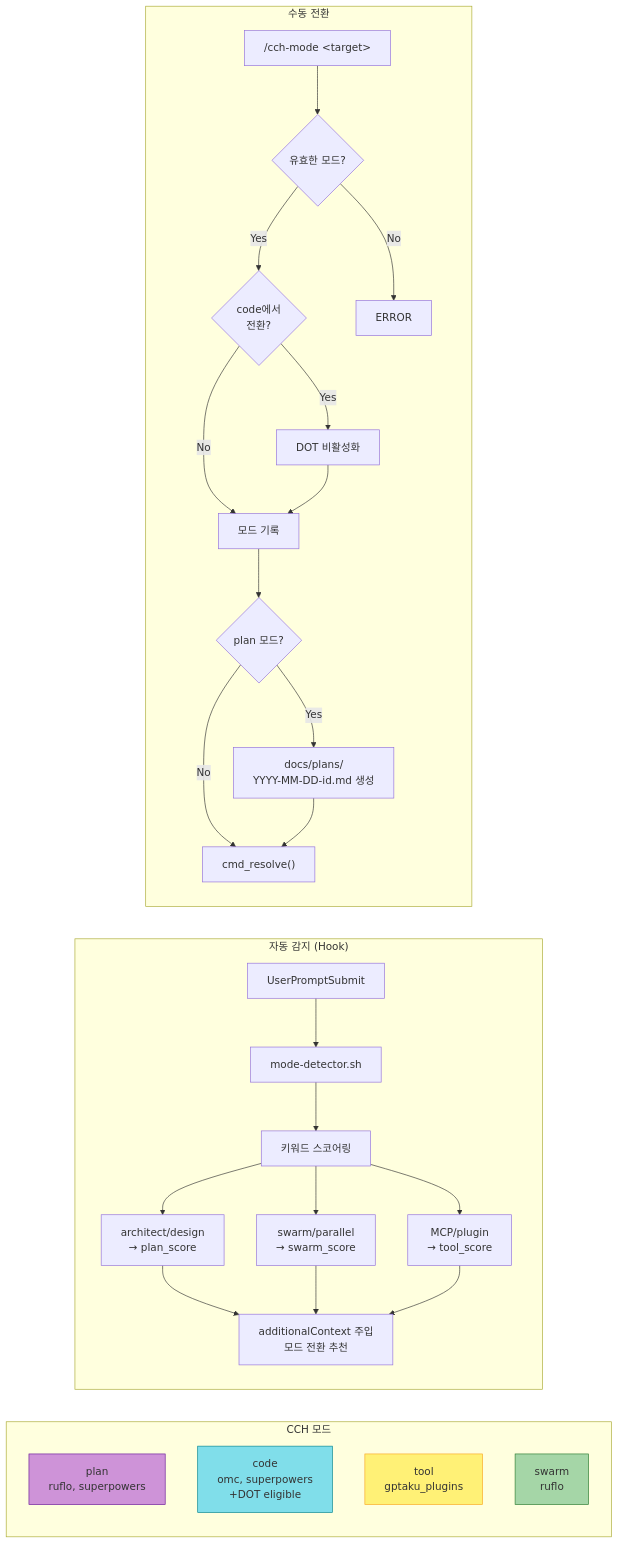
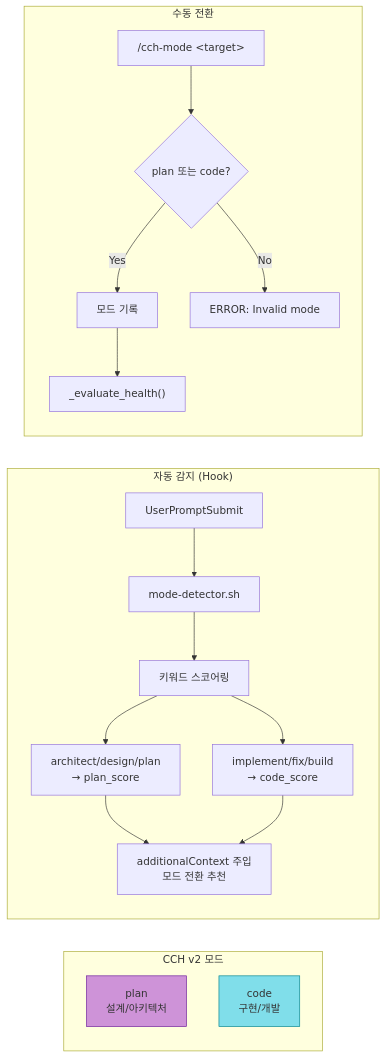
Before and after one commit to skdkfk8758/claude-code-harness: the third of 12 diagrams in docs/diagrams/cch-workflows.md, drawn with Mermaid. The commit also changed other lines of this file and 34 other files, not shown here.

````diff
--- a/docs/diagrams/cch-workflows.md
+++ b/docs/diagrams/cch-workflows.md
@@ -183,38 +129,26 @@
 ```mermaid
 flowchart LR
-    subgraph Modes["CCH 모드"]
-        PLAN["plan<br/>ruflo, superpowers"]
-        CODE["code<br/>omc, superpowers<br/>+DOT eligible"]
-        TOOL["tool<br/>gptaku_plugins"]
-        SWARM["swarm<br/>ruflo"]
+    subgraph Modes["CCH v2 모드"]
+        PLAN["plan<br/>설계/아키텍처"]
+        CODE["code<br/>구현/개발"]
     end
 
     subgraph AutoDetect["자동 감지 (Hook)"]
         PROMPT["UserPromptSubmit"] --> DETECTOR["mode-detector.sh"]
         DETECTOR --> SCORE["키워드 스코어링"]
-        SCORE --> PLAN_KW["architect/design<br/>→ plan_score"]
-        SCORE --> SWARM_KW["swarm/parallel<br/>→ swarm_score"]
-        SCORE --> TOOL_KW["MCP/plugin<br/>→ tool_score"]
+        SCORE --> PLAN_KW["architect/design/plan<br/>→ plan_score"]
+        SCORE --> CODE_KW["implement/fix/build<br/>→ code_score"]
         PLAN_KW --> INJECT["additionalContext 주입<br/>모드 전환 추천"]
-        SWARM_KW --> INJECT
-        TOOL_KW --> INJECT
+        CODE_KW --> INJECT
     end
 
     subgraph ManualSwitch["수동 전환"]
-        CMD["/cch-mode &lt;target&gt;"] --> VALIDATE{"유효한 모드?"}
-        VALIDATE -->|Yes| CHECK_DOT{"code에서<br/>전환?"}
-        CHECK_DOT -->|Yes| DISABLE_DOT["DOT 비활성화"]
-        CHECK_DOT -->|No| WRITE_MODE["모드 기록"]
-        DISABLE_DOT --> WRITE_MODE
-        VALIDATE -->|No| ERR["ERROR"]
-        WRITE_MODE --> TO_PLAN{"plan 모드?"}
-        TO_PLAN -->|Yes| CREATE_PLAN["docs/plans/<br/>YYYY-MM-DD-id.md 생성"]
-        TO_PLAN -->|No| RE_RESOLVE["cmd_resolve()"]
-        CREATE_PLAN --> RE_RESOLVE
+        CMD["/cch-mode &lt;target&gt;"] --> VALIDATE{"plan 또는 code?"}
+        VALIDATE -->|Yes| WRITE_MODE["모드 기록"]
+        VALIDATE -->|No| ERR["ERROR: Invalid mode"]
+        WRITE_MODE --> RE_HEALTH["_evaluate_health()"]
     end
 
     style PLAN fill:#CE93D8,stroke:#6A1B9A
     style CODE fill:#80DEEA,stroke:#00838F
-    style TOOL fill:#FFF176,stroke:#F9A825
-    style SWARM fill:#A5D6A7,stroke:#2E7D32
 ```
````
